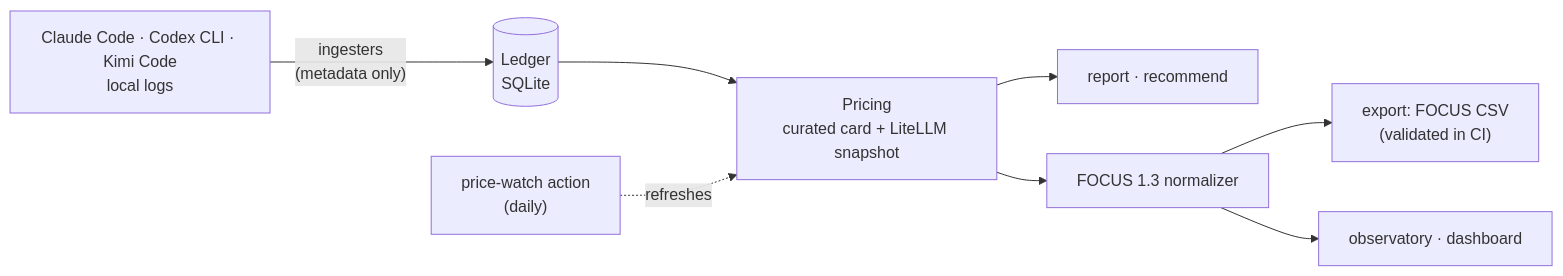
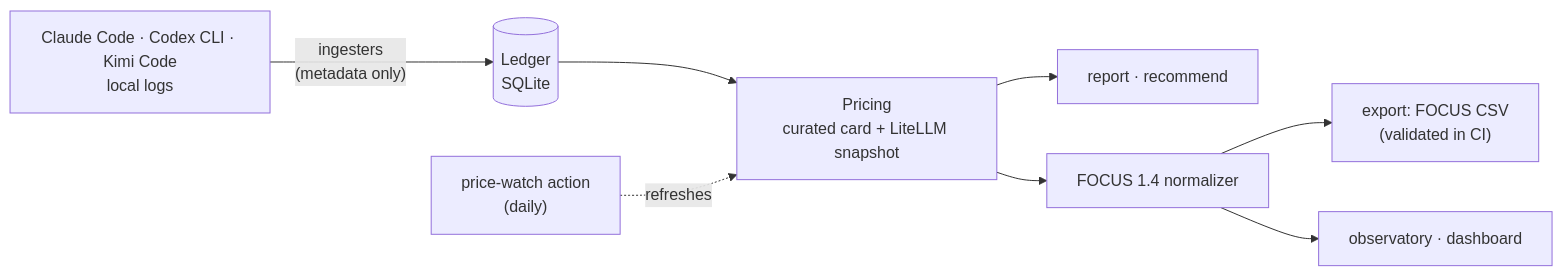
The diagram in README.md (pach-boop/tokencur), drawn with Mermaid before and after one commit. The commit also changed other lines of this file and 12 other files, not shown here.

````diff
--- a/README.md
+++ b/README.md
@@ -68,10 +68,10 @@
 ```mermaid
 flowchart LR
     A["Claude Code · Codex CLI · Kimi Code<br/>local logs"] -->|"ingesters<br/>(metadata only)"| L[("Ledger<br/>SQLite")]
     L --> P["Pricing<br/>curated card + LiteLLM snapshot"]
     W["price-watch action<br/>(daily)"] -.->|refreshes| P
     P --> R["report · recommend"]
-    P --> F["FOCUS 1.3 normalizer"]
+    P --> F["FOCUS 1.4 normalizer"]
     F --> E["export: FOCUS CSV<br/>(validated in CI)"]
     F --> O["observatory · dashboard"]
 ```
````
